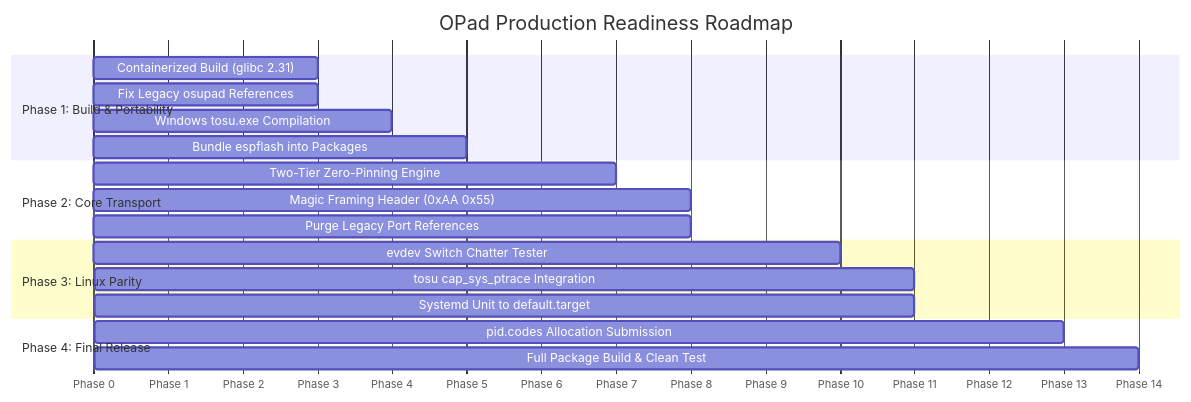
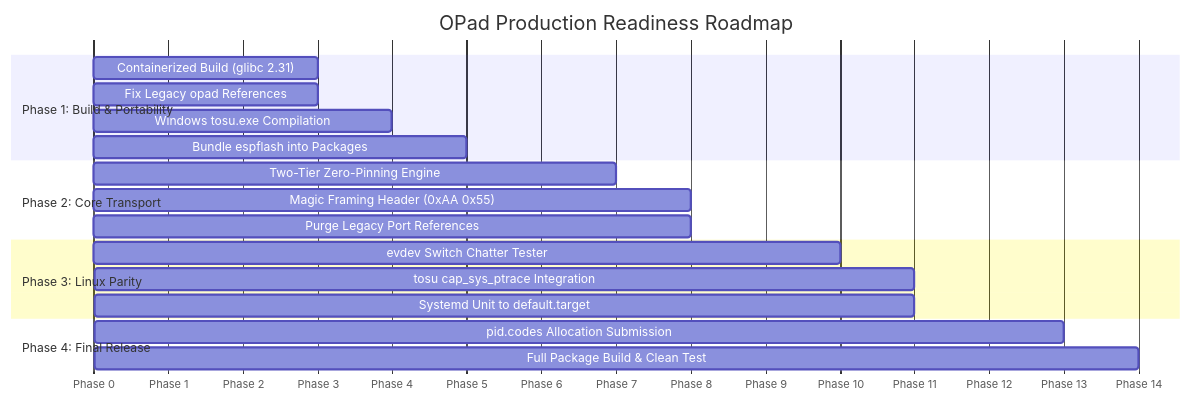
One commit to OPad-dev/OPad changed the second of 2 diagrams in docs/full-repo-architecture-and-readiness-guide.md. Above: the diagram before and after it, drawn with Mermaid. The commit also changed other lines of this file and 270 other files, not shown here.

````diff
--- a/docs/full-repo-architecture-and-readiness-guide.md
+++ b/docs/full-repo-architecture-and-readiness-guide.md
@@ -315,26 +315,26 @@
 ```mermaid
 gantt
     title OPad Production Readiness Roadmap
     dateFormat  X
     axisFormat  Phase %s
     
     section Phase 1: Build & Portability
     Containerized Build (glibc 2.31)   :p1_1, 0, 3
-    Fix Legacy osupad References       :p1_2, 1, 3
+    Fix Legacy opad References       :p1_2, 1, 3
     Windows tosu.exe Compilation       :p1_3, 2, 4
     Bundle espflash into Packages      :p1_4, 2, 5
     
     section Phase 2: Core Transport
     Two-Tier Zero-Pinning Engine      :p2_1, 4, 7
     Magic Framing Header (0xAA 0x55)  :p2_2, 5, 8
     Purge Legacy Port References      :p2_3, 6, 8
     
     section Phase 3: Linux Parity
     evdev Switch Chatter Tester       :p3_1, 7, 10
     tosu cap_sys_ptrace Integration   :p3_2, 8, 11
     Systemd Unit to default.target   :p3_3, 9, 11
     
     section Phase 4: Final Release
     pid.codes Allocation Submission  :p4_1, 11, 13
     Full Package Build & Clean Test   :p4_2, 12, 14
 ```
````
